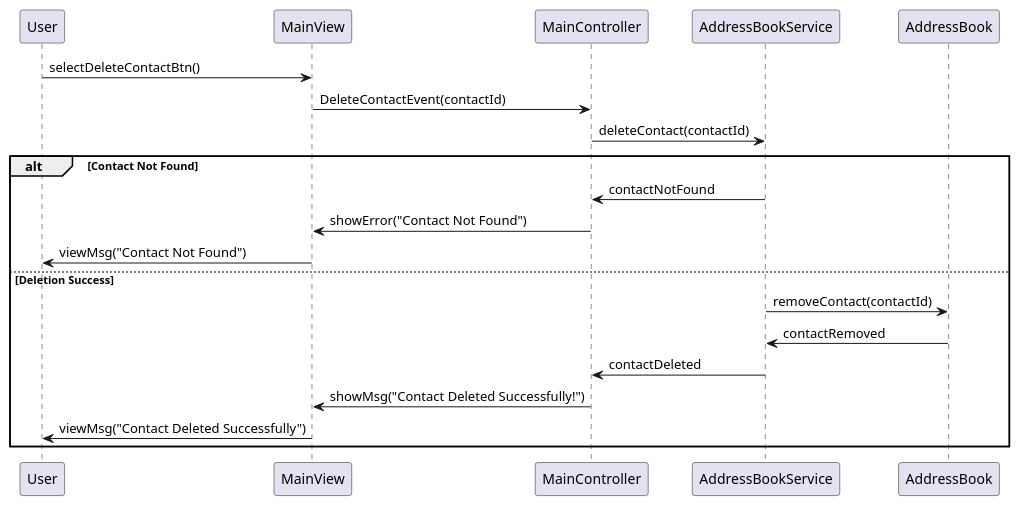
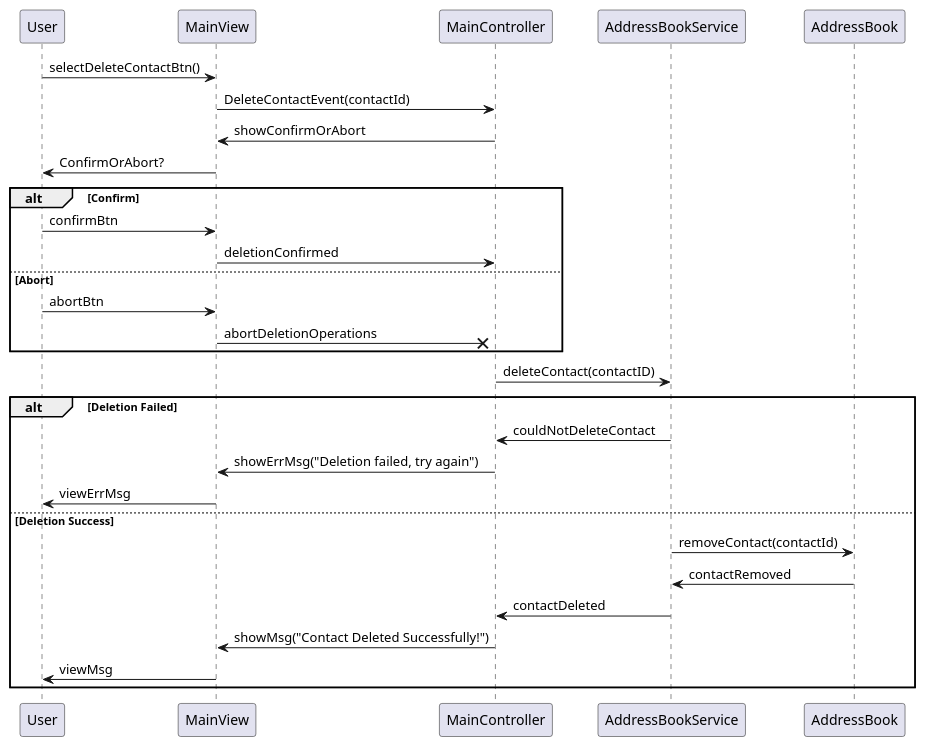
Before and after one commit to francescopeluso/SWE-Project: the diagram in SequenceDiagrams/DeleteContactDiagram.puml, drawn with PlantUML. The commit also changed 5 other files, not shown here.

Commit message:
aggiornati i diagrammi di sequenza

```diff
--- a/SequenceDiagrams/DeleteContactDiagram.puml
+++ b/SequenceDiagrams/DeleteContactDiagram.puml
@@ -1,19 +1,31 @@
 @startuml
 
 User -> MainView: selectDeleteContactBtn()
 MainView -> MainController: DeleteContactEvent(contactId)
-MainController -> AddressBookService: deleteContact(contactId)
+MainController -> MainView: showConfirmOrAbort
+MainView -> User: ConfirmOrAbort?
 
-alt Contact Not Found
-  AddressBookService -> MainController: contactNotFound
-  MainController -> MainView: showError("Contact Not Found")
-  MainView -> User: viewMsg("Contact Not Found")
+alt Confirm
+  User -> MainView: confirmBtn
+  MainView -> MainController: deletionConfirmed
+else Abort
+    User -> MainView: abortBtn
+    MainView -X MainController: abortDeletionOperations
+end
+
+MainController -> AddressBookService: deleteContact(contactID)
+
+alt Deletion Failed
+    AddressBookService -> MainController: couldNotDeleteContact
+    MainController -> MainView: showErrMsg("Deletion failed, try again")
+    MainView -> User: viewErrMsg
+
 else Deletion Success
   AddressBookService -> AddressBook: removeContact(contactId)
   AddressBook -> AddressBookService: contactRemoved
   AddressBookService -> MainController: contactDeleted
   MainController -> MainView: showMsg("Contact Deleted Successfully!")
-  MainView -> User: viewMsg("Contact Deleted Successfully")
+  MainView -> User: viewMsg
 end
 
 @enduml
```
